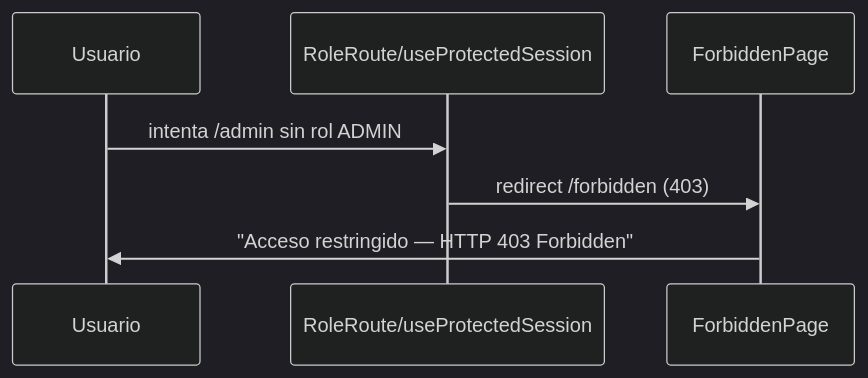
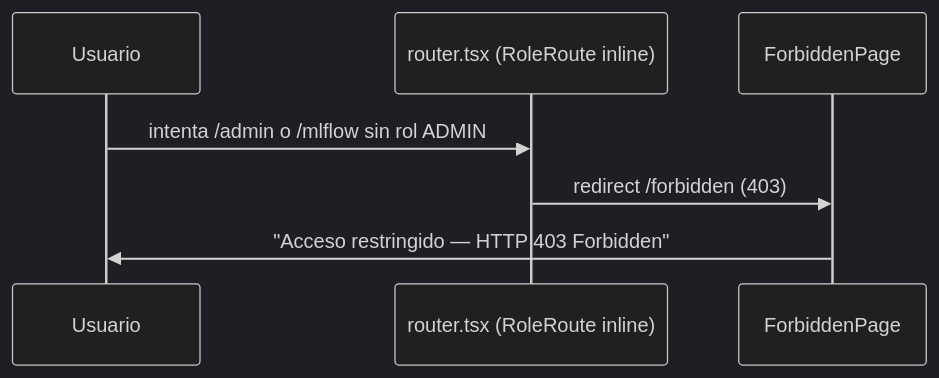
One commit to Tunkifloo/SynapseOps-platform changed diagram 11 of 12 in frontend/MOCKUP.md. Above: the diagram before and after it, drawn with Mermaid (dark theme). The commit also changed other lines of this file, not shown here.

Commit message:
docs(MOCKUP): update with Sprint 1 final state — all endpoints, flows, restructured frontend, Docker stack, bug status

````diff
--- a/frontend/MOCKUP.md
+++ b/frontend/MOCKUP.md
@@ -254,10 +479,10 @@
 ```mermaid
 sequenceDiagram
     participant U as Usuario
-    participant G as RoleRoute/useProtectedSession
+    participant G as router.tsx (RoleRoute inline)
     participant F as ForbiddenPage
 
-    U->>G: intenta /admin sin rol ADMIN
+    U->>G: intenta /admin o /mlflow sin rol ADMIN
     G->>F: redirect /forbidden (403)
     F->>U: "Acceso restringido — HTTP 403 Forbidden"
 ```
````
